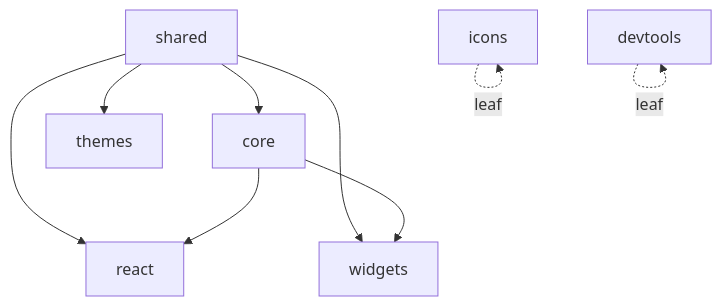
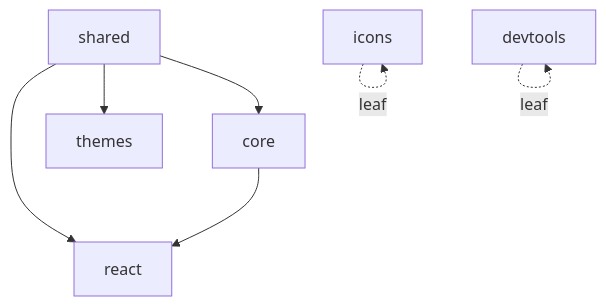
The second of 6 diagrams in docs/architecture/Overview.md (localfirstai/bettertui), drawn with Mermaid before and after one commit. The commit also changed other lines of this file and 15 other files, not shown here.

````diff
--- a/docs/architecture/Overview.md
+++ b/docs/architecture/Overview.md
@@ -78,18 +78,15 @@
 ```mermaid
 graph TD
     shared[shared]
     core[core]
     react[react]
-    widgets[widgets]
     themes[themes]
     icons[icons]
     devtools[devtools]
     shared --> core
     shared --> react
     shared --> themes
-    shared --> widgets
     core --> react
-    core --> widgets
     icons -.leaf.-> icons
     devtools -.leaf.-> devtools
 ```
````
